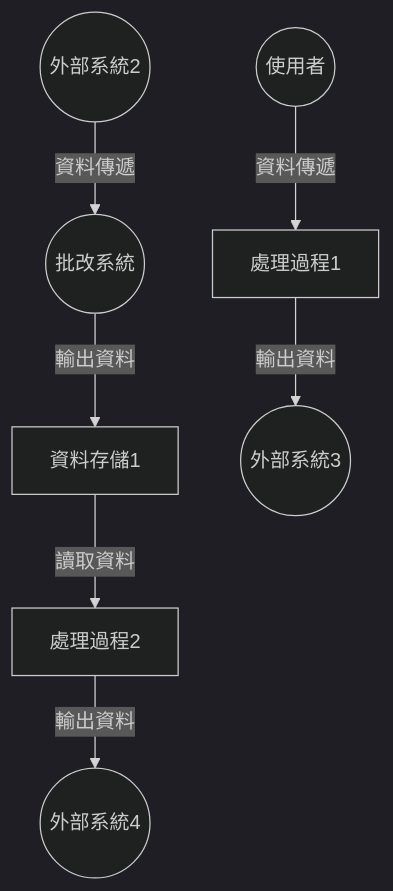
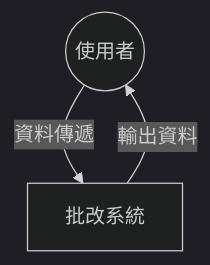
One commit to j50301a/AI-answer-correction changed the diagram in 系統分析/HW4.md. Above: the diagram before and after it, drawn with Mermaid (dark theme).

````diff
--- a/系統分析/HW4.md
+++ b/系統分析/HW4.md
@@ -3,10 +3,5 @@
 ```mermaid
 graph TD
-    使用者((使用者)) -->|資料傳遞| 處理過程1[處理過程1]
-    外部系統2((外部系統2)) -->|資料傳遞| 批改系統
-    批改系統((批改系統)) -->|輸出資料| 資料存儲1[資料存儲1]
-    處理過程1 -->|輸出資料| 外部系統3((外部系統3))
-    資料存儲1 -->|讀取資料| 處理過程2[處理過程2]
-    處理過程2 -->|輸出資料| 外部系統4((外部系統4))
-
+    使用者((使用者)) -->|資料傳遞| 批改系統
+    批改系統 -->|輸出資料| 使用者((使用者))
 ```
````
